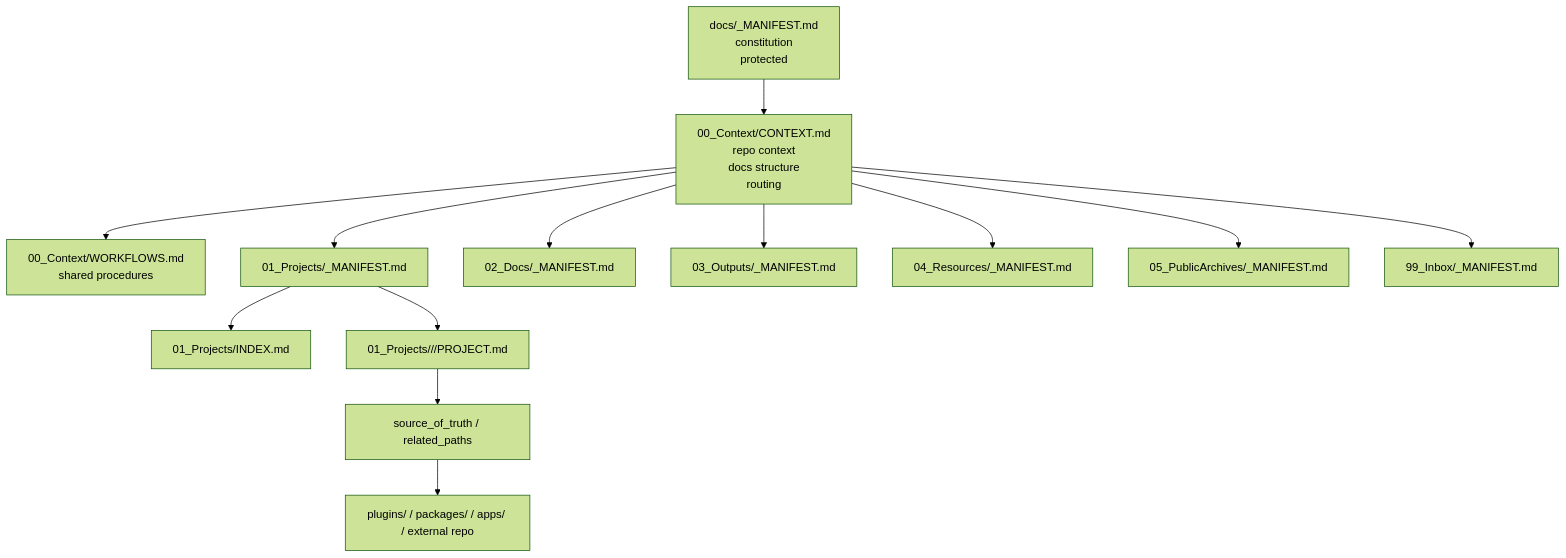
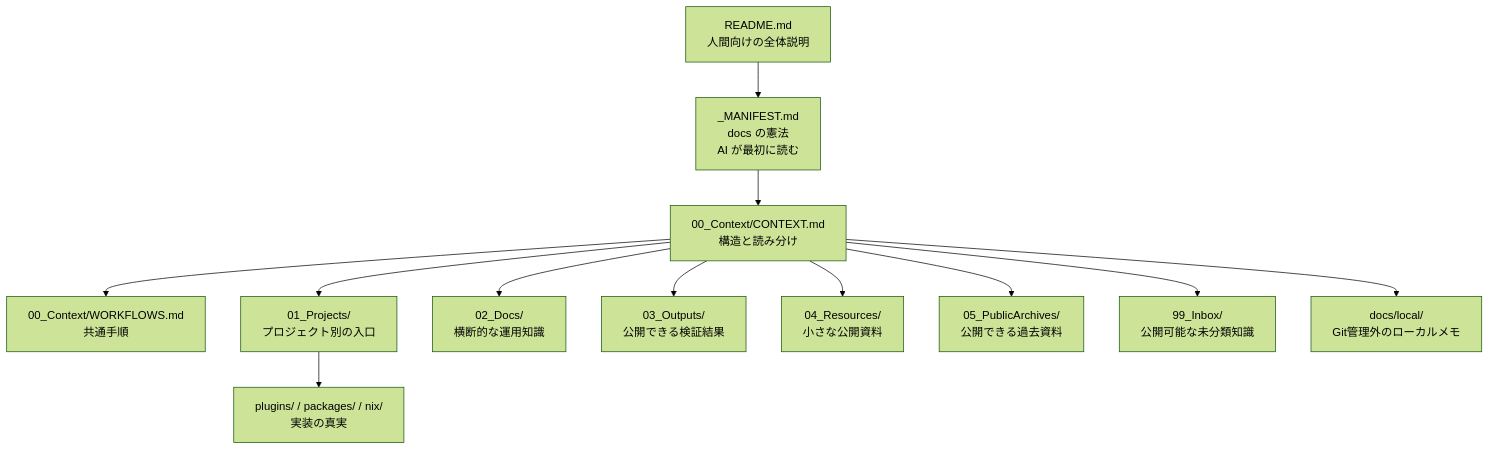
Before and after one commit to oyasaiserver/platform: the diagram in docs/README.md, drawn with Mermaid (forest theme). The commit also changed other lines of this file and 14 other files, not shown here.

````diff
--- a/docs/README.md
+++ b/docs/README.md
@@ -9,15 +27,27 @@
 ```mermaid
 flowchart TD
-  Root["docs/_MANIFEST.md<br/>constitution<br/>protected"] --> Context["00_Context/CONTEXT.md<br/>repo context<br/>docs structure<br/>routing"]
-  Context --> Workflows["00_Context/WORKFLOWS.md<br/>shared procedures"]
-  Context --> P01["01_Projects/_MANIFEST.md"]
-  Context --> P02["02_Docs/_MANIFEST.md"]
-  Context --> P03["03_Outputs/_MANIFEST.md"]
-  Context --> P04["04_Resources/_MANIFEST.md"]
-  Context --> P05["05_PublicArchives/_MANIFEST.md"]
-  Context --> P99["99_Inbox/_MANIFEST.md"]
-  P01 --> ProjectIndex["01_Projects/INDEX.md"]
-  P01 --> Project["01_Projects/<category>/<project>/PROJECT.md"]
-  Project --> Sot["source_of_truth / related_paths"]
-  Sot --> Impl["plugins/ / packages/ / apps/ / external repo"]
+  Readme["README.md<br/>人間向けの全体説明"]
+  Root["_MANIFEST.md<br/>docs の憲法<br/>AI が最初に読む"]
+  Context["00_Context/CONTEXT.md<br/>構造と読み分け"]
+  Workflows["00_Context/WORKFLOWS.md<br/>共通手順"]
+  Projects["01_Projects/<br/>プロジェクト別の入口"]
+  SharedDocs["02_Docs/<br/>横断的な運用知識"]
+  Outputs["03_Outputs/<br/>公開できる検証結果"]
+  Resources["04_Resources/<br/>小さな公開資料"]
+  Archives["05_PublicArchives/<br/>公開できる過去資料"]
+  Inbox["99_Inbox/<br/>公開可能な未分類知識"]
+  Local["docs/local/<br/>Git管理外のローカルメモ"]
+  Impl["plugins/ / packages/ / nix/<br/>実装の真実"]
+
+  Readme --> Root
+  Root --> Context
+  Context --> Workflows
+  Context --> Projects
+  Context --> SharedDocs
+  Context --> Outputs
+  Context --> Resources
+  Context --> Archives
+  Context --> Inbox
+  Context --> Local
+  Projects --> Impl
 ```
````
